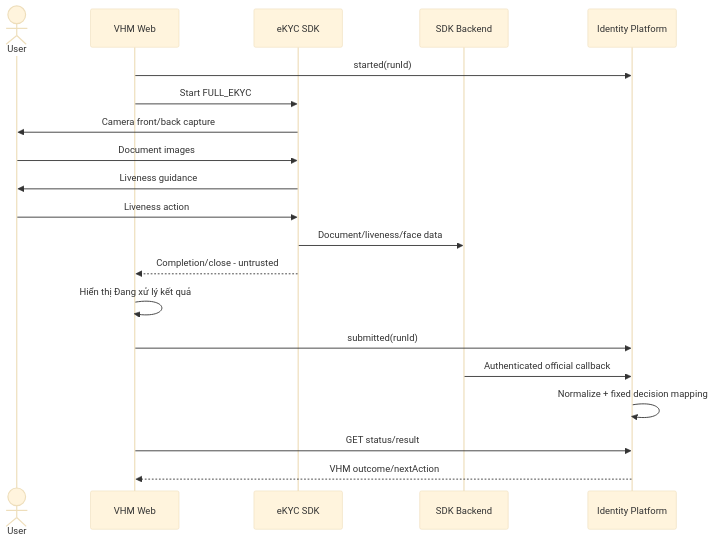
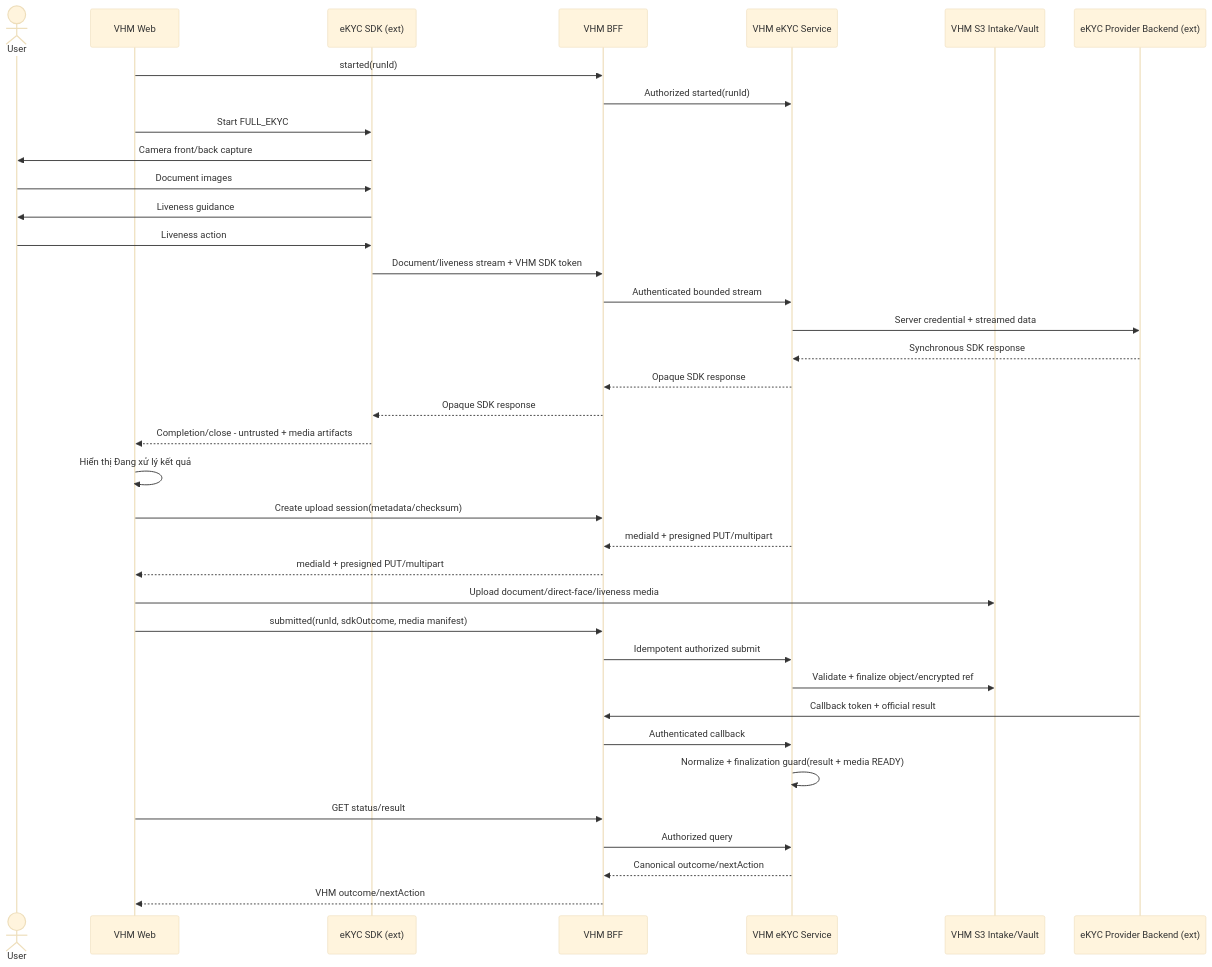
Before and after one commit to huynv-xyz/vhm: diagram 13 of 18 in tdd2.md, drawn with Mermaid (base theme). The commit also changed other lines of this file, not shown here.

````diff
--- a/tdd2.md
+++ b/tdd2.md
@@ -1599,22 +1259,39 @@
 ```mermaid
 sequenceDiagram
     actor User
     participant WEB as VHM Web
-    participant SDK as eKYC SDK
-    participant BACKEND as SDK Backend
-    participant IV as Identity Platform
-    WEB->>IV: started(runId)
+    participant SDK as eKYC SDK (ext)
+    participant BFF as VHM BFF
+    participant EKYC_SERVICE as VHM eKYC Service
+    participant S3 as VHM S3 Intake/Vault
+    participant BACKEND as eKYC Provider Backend (ext)
+    WEB->>BFF: started(runId)
+    BFF->>EKYC_SERVICE: Authorized started(runId)
     WEB->>SDK: Start FULL_EKYC
     SDK->>User: Camera front/back capture
     User->>SDK: Document images
     SDK->>User: Liveness guidance
     User->>SDK: Liveness action
-    SDK->>BACKEND: Document/liveness/face data
-    SDK-->>WEB: Completion/close - untrusted
+    SDK->>BFF: Document/liveness stream + VHM SDK token
+    BFF->>EKYC_SERVICE: Authenticated bounded stream
+    EKYC_SERVICE->>BACKEND: Server credential + streamed data
+    BACKEND-->>EKYC_SERVICE: Synchronous SDK response
+    EKYC_SERVICE-->>BFF: Opaque SDK response
+    BFF-->>SDK: Opaque SDK response
+    SDK-->>WEB: Completion/close - untrusted + media artifacts
     WEB->>WEB: Hiển thị Đang xử lý kết quả
-    WEB->>IV: submitted(runId)
-    BACKEND->>IV: Authenticated official callback
-    IV->>IV: Normalize + fixed decision mapping
-    WEB->>IV: GET status/result
-    IV-->>WEB: VHM outcome/nextAction
+    WEB->>BFF: Create upload session(metadata/checksum)
+    EKYC_SERVICE-->>BFF: mediaId + presigned PUT/multipart
+    BFF-->>WEB: mediaId + presigned PUT/multipart
+    WEB->>S3: Upload document/direct-face/liveness media
+    WEB->>BFF: submitted(runId, sdkOutcome, media manifest)
+    BFF->>EKYC_SERVICE: Idempotent authorized submit
+    EKYC_SERVICE->>S3: Validate + finalize object/encrypted ref
+    BACKEND->>BFF: Callback token + official result
+    BFF->>EKYC_SERVICE: Authenticated callback
+    EKYC_SERVICE->>EKYC_SERVICE: Normalize + finalization guard(result + media READY)
+    WEB->>BFF: GET status/result
+    BFF->>EKYC_SERVICE: Authorized query
+    EKYC_SERVICE-->>BFF: Canonical outcome/nextAction
+    BFF-->>WEB: VHM outcome/nextAction
 ```
````
